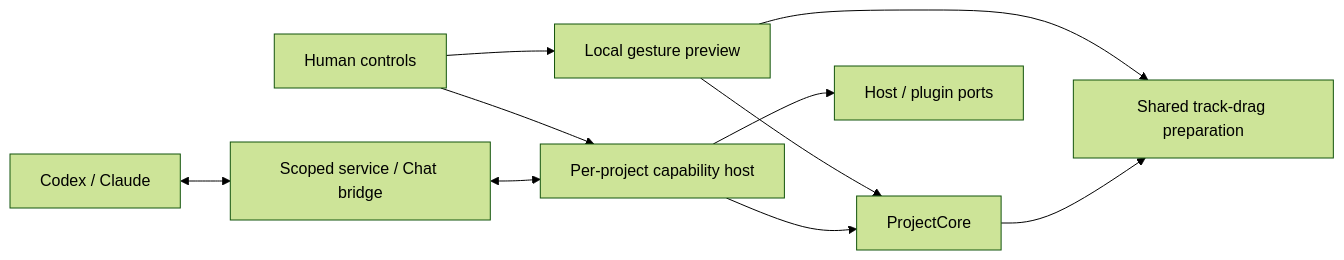
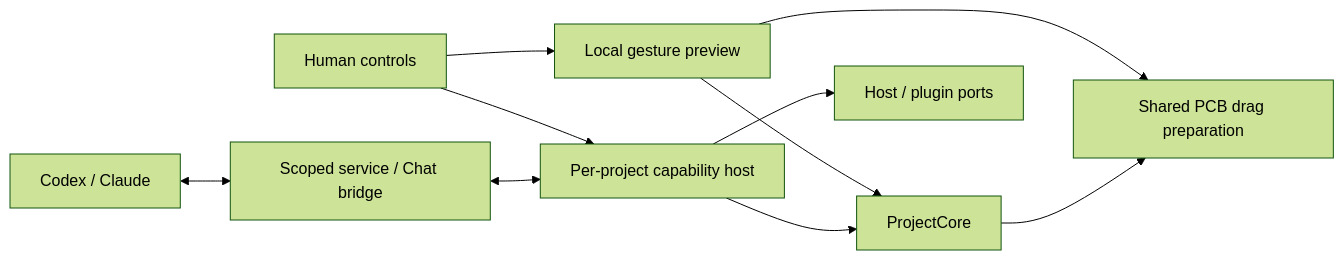
The second of 2 diagrams in docs/ARCHITECTURE.md (Open-Power-Electronics/OpenPE), drawn with Mermaid (forest theme) before and after one commit. The commit also changed other lines of this file and 75 other files, not shown here.

````diff
--- a/docs/ARCHITECTURE.md
+++ b/docs/ARCHITECTURE.md
@@ -184,12 +184,12 @@
 ```mermaid
 flowchart LR
     UI[Human controls] --> Host[Per-project capability host]
     Agent[Codex / Claude] <--> Bridge[Scoped service / Chat bridge]
     Bridge <--> Host
     UI --> Preview[Local gesture preview]
     Preview --> Core[ProjectCore]
     Host --> Core
-    Preview --> Drag[Shared track-drag preparation]
+    Preview --> Drag[Shared PCB drag preparation]
     Core --> Drag
     Host --> Ports[Host / plugin ports]
 ```
````
